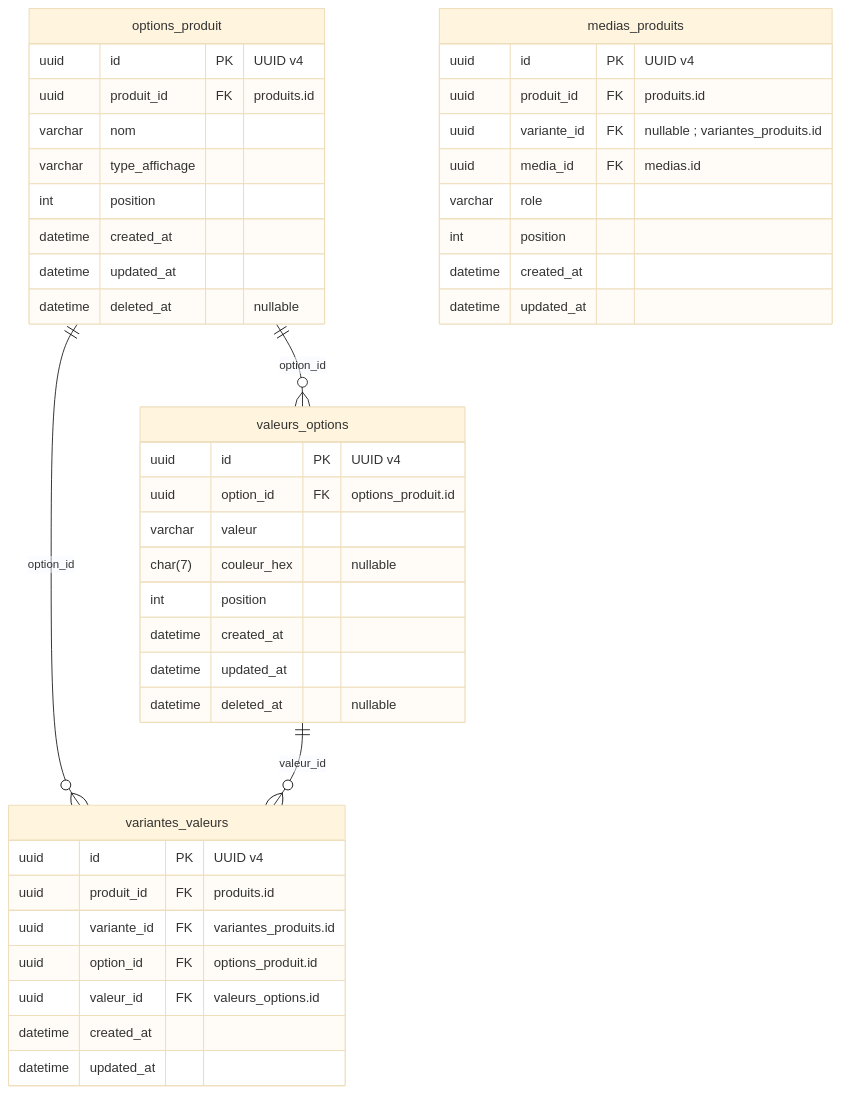
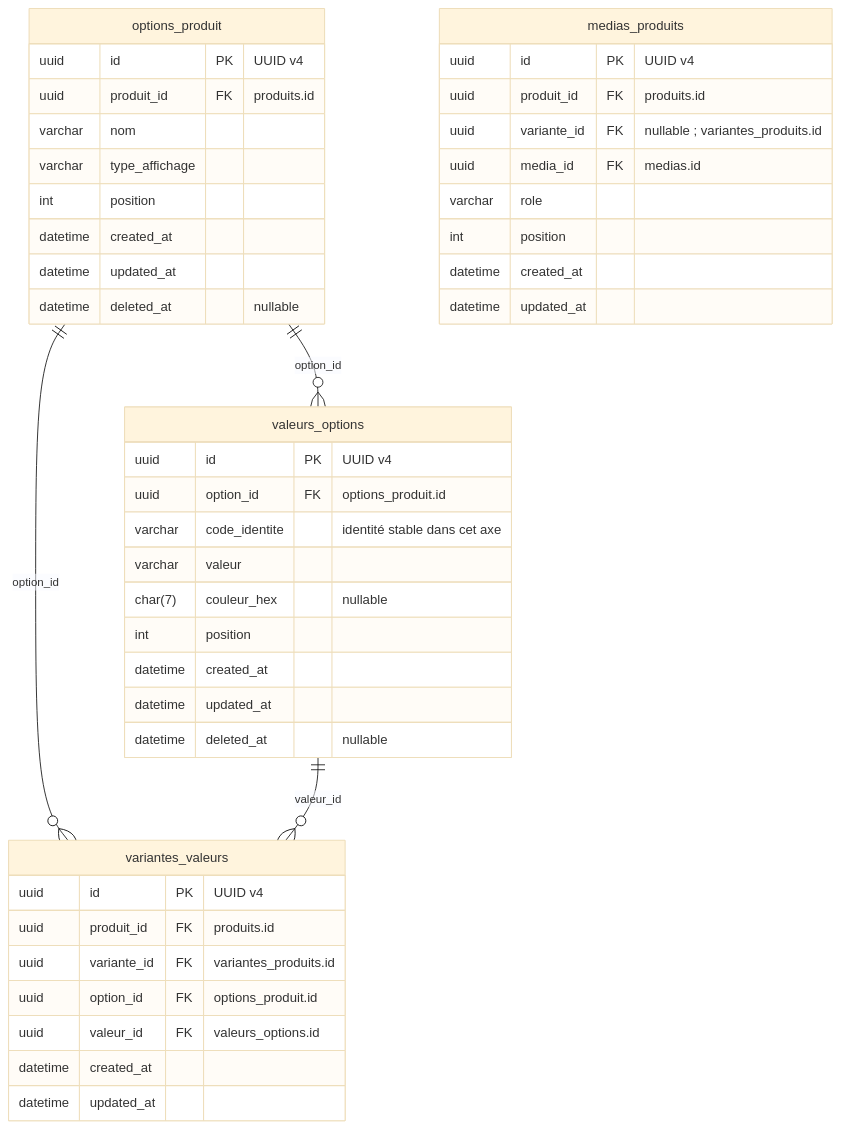
Before and after one commit to unitealfa/saas-ecom: diagram 17 of 37 in Schema-BDD-SaaS-Ecommerce-UUID.md, drawn with Mermaid (base theme). The commit also changed other lines of this file, not shown here.

````diff
--- a/Schema-BDD-SaaS-Ecommerce-UUID.md
+++ b/Schema-BDD-SaaS-Ecommerce-UUID.md
@@ -1293,46 +1324,47 @@
 ```mermaid
 erDiagram
     direction TB
     options_produit {
         uuid id PK "UUID v4"
         uuid produit_id FK "produits.id"
         varchar nom
         varchar type_affichage
         int position
         datetime created_at
         datetime updated_at
         datetime deleted_at "nullable"
     }
     valeurs_options {
         uuid id PK "UUID v4"
         uuid option_id FK "options_produit.id"
+        varchar code_identite "identité stable dans cet axe"
         varchar valeur
         char(7) couleur_hex "nullable"
         int position
         datetime created_at
         datetime updated_at
         datetime deleted_at "nullable"
     }
     variantes_valeurs {
         uuid id PK "UUID v4"
         uuid produit_id FK "produits.id"
         uuid variante_id FK "variantes_produits.id"
         uuid option_id FK "options_produit.id"
         uuid valeur_id FK "valeurs_options.id"
         datetime created_at
         datetime updated_at
     }
     medias_produits {
         uuid id PK "UUID v4"
         uuid produit_id FK "produits.id"
         uuid variante_id FK "nullable ; variantes_produits.id"
         uuid media_id FK "medias.id"
         varchar role
         int position
         datetime created_at
         datetime updated_at
     }
     options_produit ||--o{ valeurs_options : option_id
     options_produit ||--o{ variantes_valeurs : option_id
     valeurs_options ||--o{ variantes_valeurs : valeur_id
 ```
````
